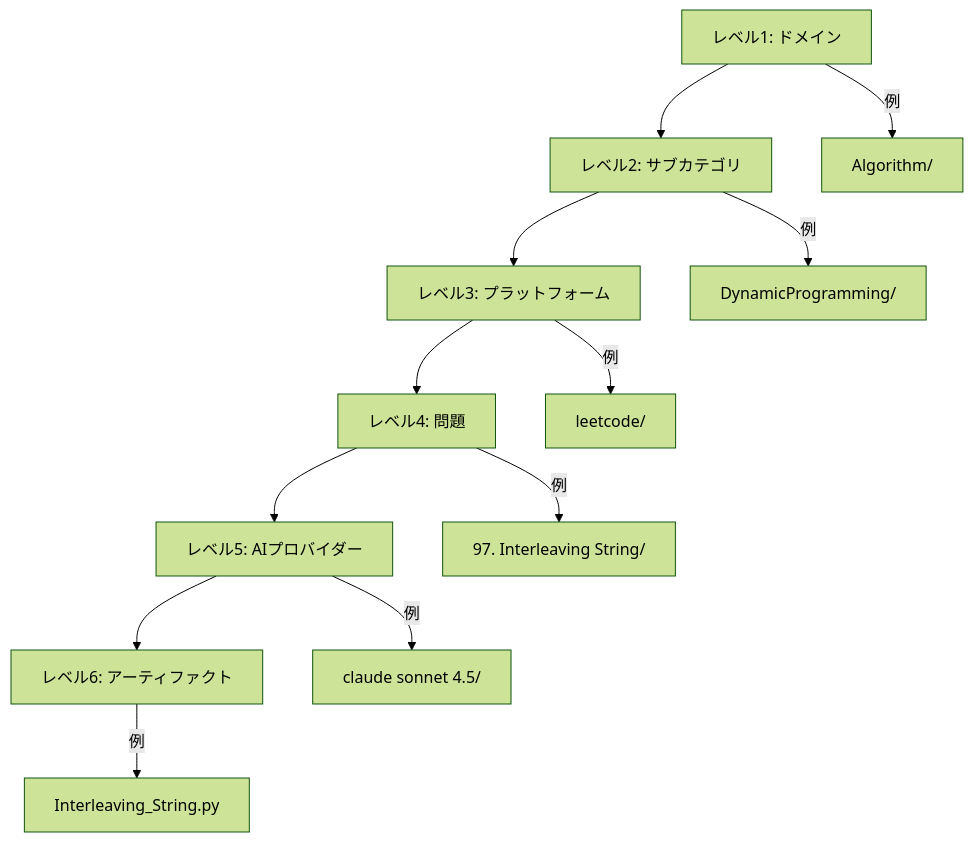
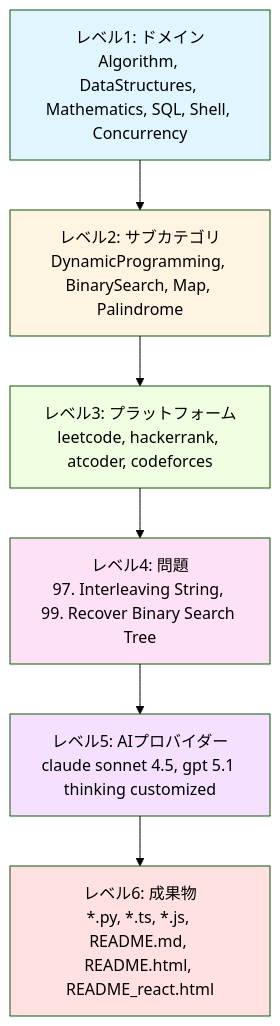
The third of 9 diagrams in README.md (myoshi2891/Algorithm-DataStructures-Math-SQL), drawn with Mermaid (forest theme) before and after one commit. The commit also changed other lines of this file, not shown here.

````diff
--- a/README.md
+++ b/README.md
@@ -319,15 +139,22 @@
 ```mermaid
 graph TD
-    L1[レベル1: ドメイン] --> L2[レベル2: サブカテゴリ]
-    L2 --> L3[レベル3: プラットフォーム]
-    L3 --> L4[レベル4: 問題]
-    L4 --> L5[レベル5: AIプロバイダー]
-    L5 --> L6[レベル6: アーティファクト]
-
-    L1 -->|例| D1[Algorithm/]
-    L2 -->|例| D2[DynamicProgramming/]
-    L3 -->|例| D3[leetcode/]
-    L4 -->|例| D4[97. Interleaving String/]
-    L5 -->|例| D5[claude sonnet 4.5/]
-    L6 -->|例| D6[Interleaving_String.py]
+    L1[レベル1: ドメイン<br/>Algorithm, DataStructures, Mathematics, SQL, Shell, Concurrency]
+    L2[レベル2: サブカテゴリ<br/>DynamicProgramming, BinarySearch, Map, Palindrome]
+    L3[レベル3: プラットフォーム<br/>leetcode, hackerrank, atcoder, codeforces]
+    L4[レベル4: 問題<br/>97. Interleaving String, 99. Recover Binary Search Tree]
+    L5[レベル5: AIプロバイダー<br/>claude sonnet 4.5, gpt 5.1 thinking customized]
+    L6[レベル6: 成果物<br/>*.py, *.ts, *.js, README.md, README.html, README_react.html]
+    
+    L1 --> L2
+    L2 --> L3
+    L3 --> L4
+    L4 --> L5
+    L5 --> L6
+    
+    style L1 fill:#e1f5ff
+    style L2 fill:#fff4e1
+    style L3 fill:#f0ffe1
+    style L4 fill:#ffe1f5
+    style L5 fill:#f5e1ff
+    style L6 fill:#ffe1e1
 ```
````
